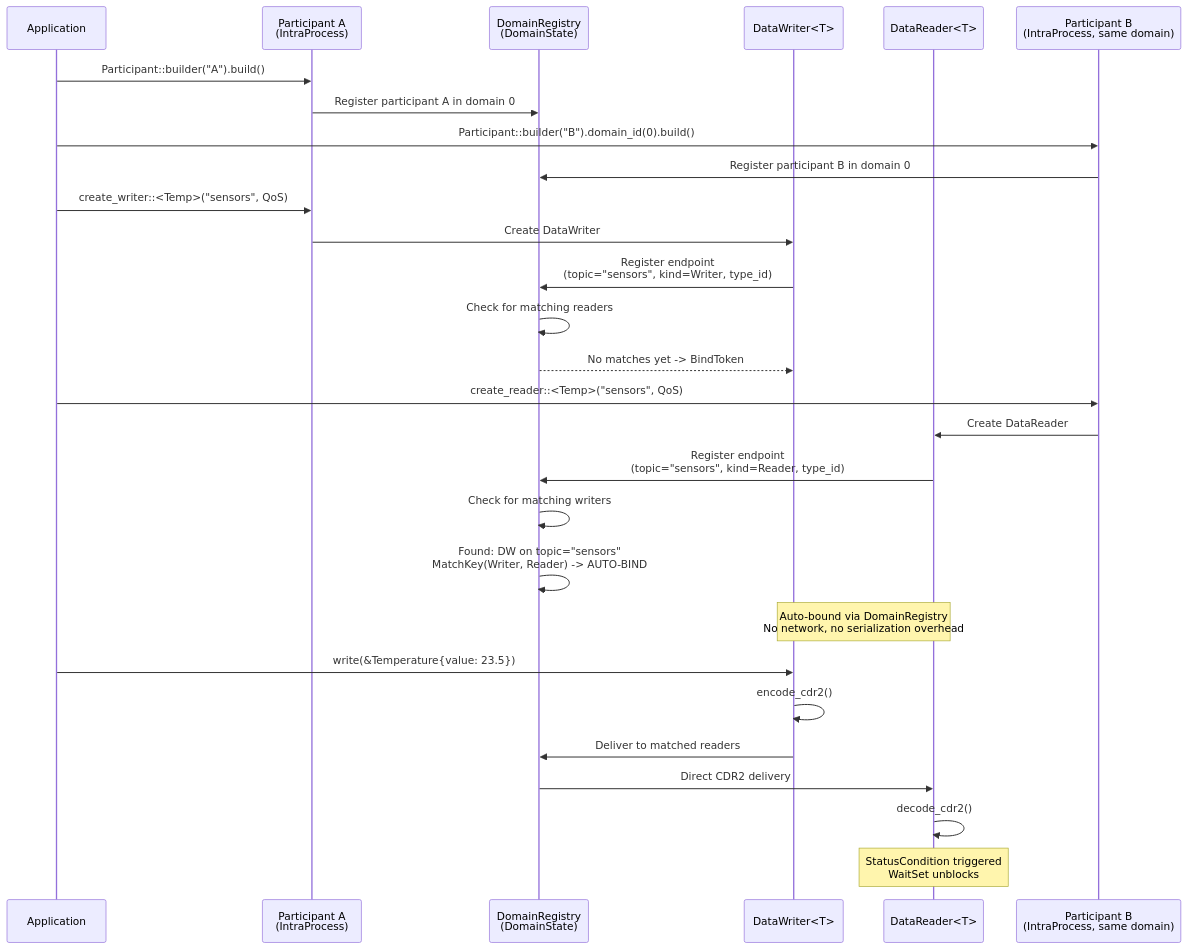
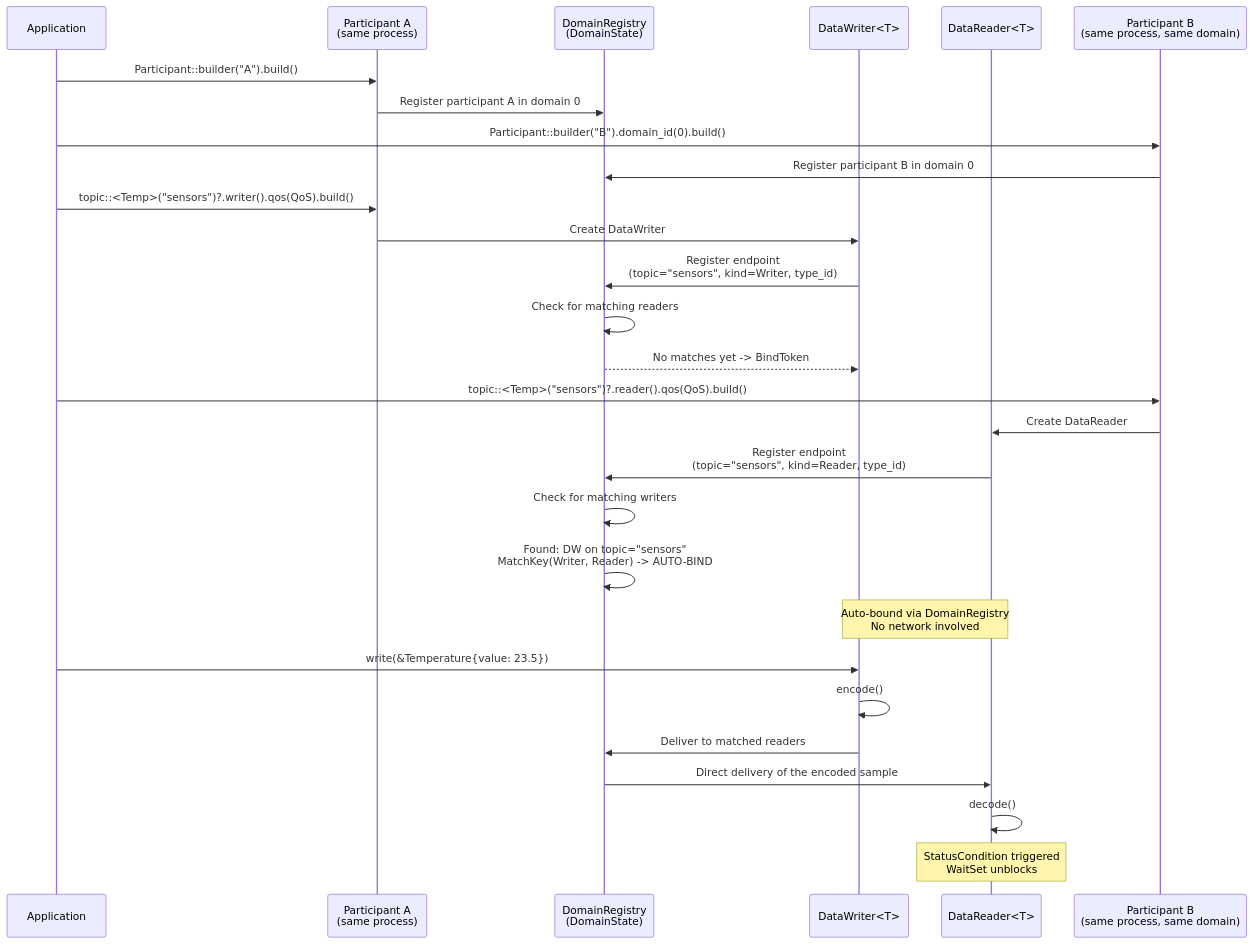
The eighth of 9 diagrams in docs/sequence-diagrams.md (hdds-team/hdds), drawn with Mermaid before and after one commit. The commit also changed other lines of this file and 1712 other files, not shown here.

````diff
--- a/docs/sequence-diagrams.md
+++ b/docs/sequence-diagrams.md
@@ -419,36 +427,36 @@
 ```mermaid
 sequenceDiagram
     participant App as Application
-    participant PA as Participant A<br/>(IntraProcess)
+    participant PA as Participant A<br/>(same process)
     participant REG as DomainRegistry<br/>(DomainState)
     participant DW as DataWriter<T>
     participant DR as DataReader<T>
-    participant PB as Participant B<br/>(IntraProcess, same domain)
+    participant PB as Participant B<br/>(same process, same domain)
 
     App->>PA: Participant::builder("A").build()
     PA->>REG: Register participant A in domain 0
 
     App->>PB: Participant::builder("B").domain_id(0).build()
     PB->>REG: Register participant B in domain 0
 
-    App->>PA: create_writer::<Temp>("sensors", QoS)
+    App->>PA: topic::<Temp>("sensors")?.writer().qos(QoS).build()
     PA->>DW: Create DataWriter
     DW->>REG: Register endpoint<br/>(topic="sensors", kind=Writer, type_id)
     REG->>REG: Check for matching readers
     REG-->>DW: No matches yet -> BindToken
 
-    App->>PB: create_reader::<Temp>("sensors", QoS)
+    App->>PB: topic::<Temp>("sensors")?.reader().qos(QoS).build()
     PB->>DR: Create DataReader
     DR->>REG: Register endpoint<br/>(topic="sensors", kind=Reader, type_id)
     REG->>REG: Check for matching writers
     REG->>REG: Found: DW on topic="sensors"<br/>MatchKey(Writer, Reader) -> AUTO-BIND
 
-    Note over DW,DR: Auto-bound via DomainRegistry<br/>No network, no serialization overhead
+    Note over DW,DR: Auto-bound via DomainRegistry<br/>No network involved
 
     App->>DW: write(&Temperature{value: 23.5})
-    DW->>DW: encode_cdr2()
+    DW->>DW: encode()
     DW->>REG: Deliver to matched readers
-    REG->>DR: Direct CDR2 delivery
-    DR->>DR: decode_cdr2()
+    REG->>DR: Direct delivery of the encoded sample
+    DR->>DR: decode()
     Note over DR: StatusCondition triggered<br/>WaitSet unblocks
 ```
````
